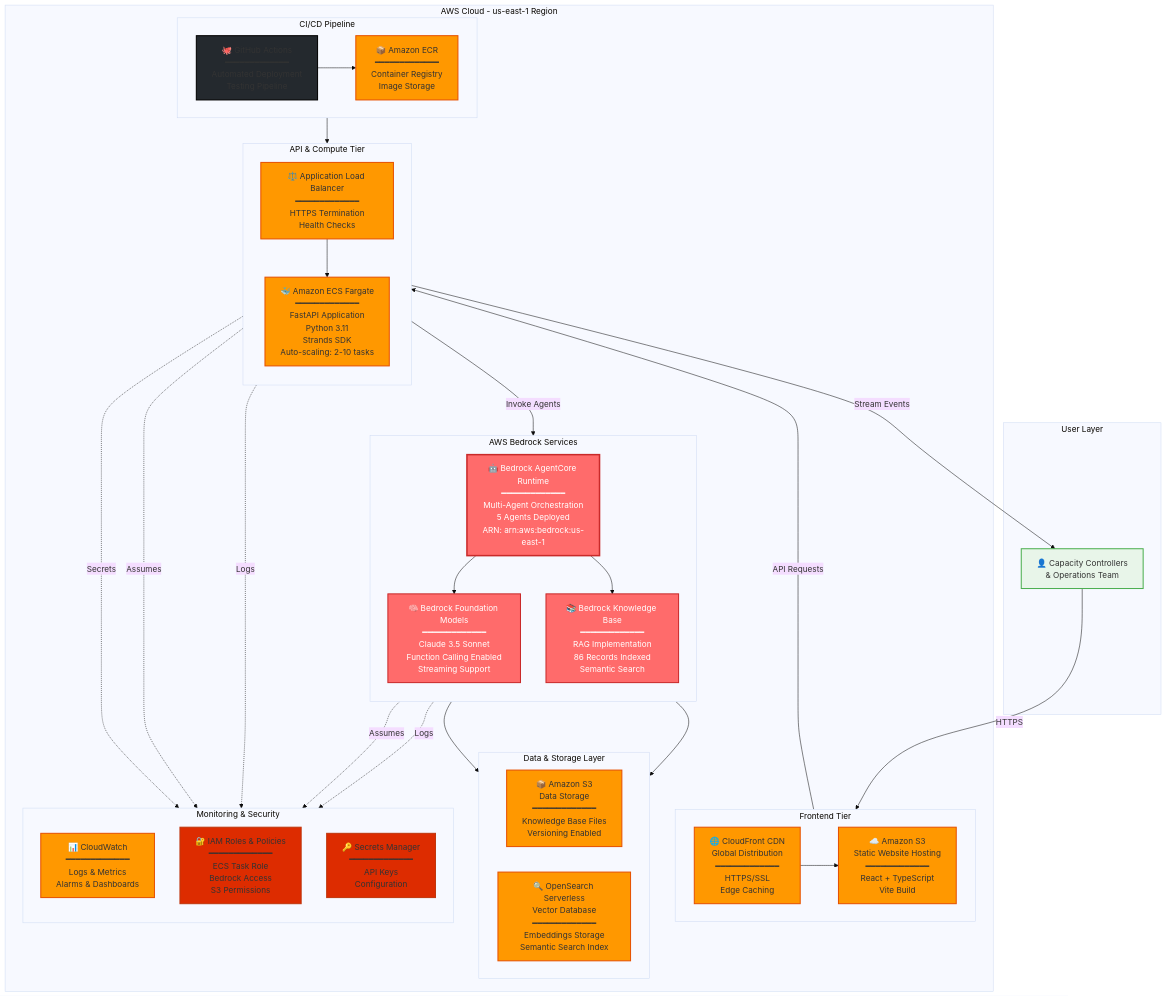
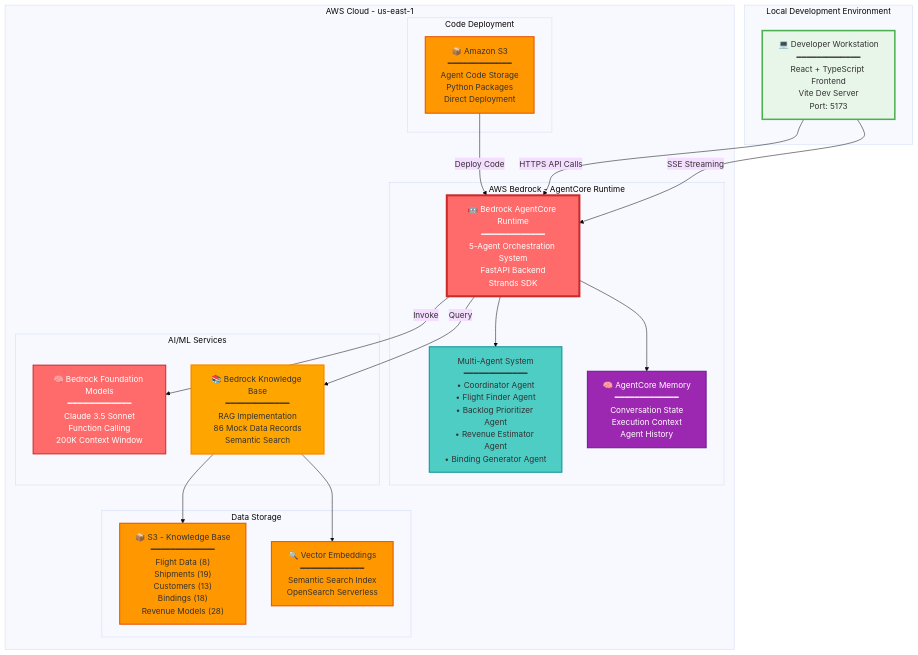
One commit to greetyv/test-repo-ai-hack changed the fifth of 10 diagrams in test-design-arch.md. Above: the diagram before and after it, drawn with Mermaid (base theme). The commit also changed other lines of this file, not shown here.

First line of the commit message:
Revise architecture documentation and technical stack

````diff
--- a/test-design-arch.md
+++ b/test-design-arch.md
@@ -318,99 +319,57 @@
 ```mermaid
 graph TB
-    subgraph "User Layer"
-        USER[👤 Capacity Controllers<br/>& Operations Team]
+    subgraph "Local Development Environment"
+        DEV["💻 Developer Workstation<br/>━━━━━━━━━━━━━<br/>React + TypeScript Frontend<br/>Vite Dev Server<br/>Port: 5173"]
     end
     
-    subgraph "AWS Cloud - us-east-1 Region"
+    subgraph "AWS Cloud - us-east-1"
         
-        subgraph "Frontend Tier"
-            direction LR
-            S3_WEB["☁️ Amazon S3<br/>Static Website Hosting<br/>━━━━━━━━━━━━━<br/>React + TypeScript<br/>Vite Build"]
-            CF["🌐 CloudFront CDN<br/>Global Distribution<br/>━━━━━━━━━━━━━<br/>HTTPS/SSL<br/>Edge Caching"]
-            
-            CF --> S3_WEB
+        subgraph "Code Deployment"
+            S3_CODE["📦 Amazon S3<br/>━━━━━━━━━━━━━<br/>Agent Code Storage<br/>Python Packages<br/>Direct Deployment"]
         end
         
-        subgraph "API & Compute Tier"
-            direction TB
-            ALB["⚖️ Application Load Balancer<br/>━━━━━━━━━━━━━<br/>HTTPS Termination<br/>Health Checks"]
+        subgraph "AWS Bedrock - AgentCore Runtime"
+            AGENTCORE["🤖 Bedrock AgentCore Runtime<br/>━━━━━━━━━━━━━<br/>5-Agent Orchestration System<br/>FastAPI Backend<br/>Strands SDK"]
             
-            ECS["🐳 Amazon ECS Fargate<br/>━━━━━━━━━━━━━<br/>FastAPI Application<br/>Python 3.11<br/>Strands SDK<br/>Auto-scaling: 2-10 tasks"]
+            AGENTS["Multi-Agent System<br/>━━━━━━━━━━━━━<br/>• Coordinator Agent<br/>• Flight Finder Agent<br/>• Backlog Prioritizer Agent<br/>• Revenue Estimator Agent<br/>• Binding Generator Agent"]
             
-            ALB --> ECS
+            MEMORY["🧠 AgentCore Memory<br/>━━━━━━━━━━━━━<br/>Conversation State<br/>Execution Context<br/>Agent History"]
+            
+            AGENTCORE --> AGENTS
+            AGENTCORE --> MEMORY
         end
         
-        subgraph "AWS Bedrock Services"
-            direction TB
+        subgraph "AI/ML Services"
+            BEDROCK["🧠 Bedrock Foundation Models<br/>━━━━━━━━━━━━━<br/>Claude 3.5 Sonnet<br/>Function Calling<br/>200K Context Window"]
             
-            AGENTCORE["🤖 Bedrock AgentCore Runtime<br/>━━━━━━━━━━━━━<br/>Multi-Agent Orchestration<br/>5 Agents Deployed<br/>ARN: arn:aws:bedrock:us-east-1"]
-            
-            BEDROCK_FM["🧠 Bedrock Foundation Models<br/>━━━━━━━━━━━━━<br/>Claude 3.5 Sonnet<br/>Function Calling Enabled<br/>Streaming Support"]
-            
-            BEDROCK_KB["📚 Bedrock Knowledge Base<br/>━━━━━━━━━━━━━<br/>RAG Implementation<br/>86 Records Indexed<br/>Semantic Search"]
-            
-            AGENTCORE --> BEDROCK_FM
-            AGENTCORE --> BEDROCK_KB
+            KB["📚 Bedrock Knowledge Base<br/>━━━━━━━━━━━━━<br/>RAG Implementation<br/>86 Mock Data Records<br/>Semantic Search"]
         end
         
-        subgraph "Data & Storage Layer"
-            direction LR
+        subgraph "Data Storage"
+            S3_DATA["📦 S3 - Knowledge Base<br/>━━━━━━━━━━━━━<br/>Flight Data (8)<br/>Shipments (19)<br/>Customers (13)<br/>Bindings (18)<br/>Revenue Models (28)"]
             
-            S3_DATA["📦 Amazon S3<br/>Data Storage<br/>━━━━━━━━━━━━━<br/>Knowledge Base Files<br/>Versioning Enabled"]
-            
-            OSS["🔍 OpenSearch Serverless<br/>Vector Database<br/>━━━━━━━━━━━━━<br/>Embeddings Storage<br/>Semantic Search Index"]
-            
-            BEDROCK_KB --> S3_DATA
-            BEDROCK_KB --> OSS
+            VECTOR["🔍 Vector Embeddings<br/>━━━━━━━━━━━━━<br/>Semantic Search Index<br/>OpenSearch Serverless"]
         end
         
-        subgraph "Monitoring & Security"
-            direction TB
-            
-            CW["📊 CloudWatch<br/>━━━━━━━━━━━━━<br/>Logs & Metrics<br/>Alarms & Dashboards"]
-            
-            IAM["🔐 IAM Roles & Policies<br/>━━━━━━━━━━━━━<br/>ECS Task Role<br/>Bedrock Access<br/>S3 Permissions"]
-            
-            SECRETS["🔑 Secrets Manager<br/>━━━━━━━━━━━━━<br/>API Keys<br/>Configuration"]
-        end
+        S3_CODE -->|Deploy Code| AGENTCORE
         
-        subgraph "CI/CD Pipeline"
-            direction LR
-            
-            GH["🐙 GitHub Actions<br/>━━━━━━━━━━━━━<br/>Automated Deployment<br/>Testing Pipeline"]
-            
-            ECR["📦 Amazon ECR<br/>━━━━━━━━━━━━━<br/>Container Registry<br/>Image Storage"]
-            
-            GH --> ECR
-            ECR --> ECS
-        end
+        AGENTCORE -->|Invoke| BEDROCK
+        AGENTCORE -->|Query| KB
         
+        KB --> S3_DATA
+        KB --> VECTOR
     end
     
-    USER -->|HTTPS| CF
-    CF -->|API Requests| ALB
-    ECS -->|Invoke Agents| AGENTCORE
-    ECS -->|Stream Events| USER
+    DEV -->|HTTPS API Calls| AGENTCORE
+    DEV -->|SSE Streaming| AGENTCORE
     
-    ECS -.->|Logs| CW
-    AGENTCORE -.->|Logs| CW
-    ECS -.->|Assumes| IAM
-    AGENTCORE -.->|Assumes| IAM
-    ECS -.->|Secrets| SECRETS
-    
-    style USER fill:#E8F5E9,stroke:#4CAF50,stroke-width:2px
-    style CF fill:#FF9800,stroke:#E65100,stroke-width:2px
-    style S3_WEB fill:#FF9800,stroke:#E65100,stroke-width:2px
-    style ALB fill:#FF9800,stroke:#E65100,stroke-width:2px
-    style ECS fill:#FF9800,stroke:#E65100,stroke-width:2px
-    style AGENTCORE fill:#FF6B6B,stroke:#C92A2A,stroke-width:3px,color:#fff
-    style BEDROCK_FM fill:#FF6B6B,stroke:#C92A2A,stroke-width:2px,color:#fff
-    style BEDROCK_KB fill:#FF6B6B,stroke:#C92A2A,stroke-width:2px,color:#fff
+    style DEV fill:#E8F5E9,stroke:#4CAF50,stroke-width:3px
+    style S3_CODE fill:#FF9800,stroke:#E65100,stroke-width:2px
+    style AGENTCORE fill:#FF6B6B,stroke:#C92A2A,stroke-width:4px,color:#fff
+    style AGENTS fill:#4ECDC4,stroke:#0A9396,stroke-width:2px
+    style MEMORY fill:#9C27B0,stroke:#6A1B9A,stroke-width:2px,color:#fff
+    style BEDROCK fill:#FF6B6B,stroke:#C92A2A,stroke-width:2px,color:#fff
+    style KB fill:#FFA500,stroke:#FF8C00,stroke-width:3px
     style S3_DATA fill:#FF9800,stroke:#E65100,stroke-width:2px
-    style OSS fill:#FF9800,stroke:#E65100,stroke-width:2px
-    style CW fill:#FF9800,stroke:#E65100,stroke-width:2px
-    style IAM fill:#DD2C00,stroke:#BF360C,stroke-width:2px
-    style SECRETS fill:#DD2C00,stroke:#BF360C,stroke-width:2px
-    style GH fill:#24292e,stroke:#000,stroke-width:2px
-    style ECR fill:#FF9800,stroke:#E65100,stroke-width:2px
+    style VECTOR fill:#FF9800,stroke:#E65100,stroke-width:2px
 ```
````
